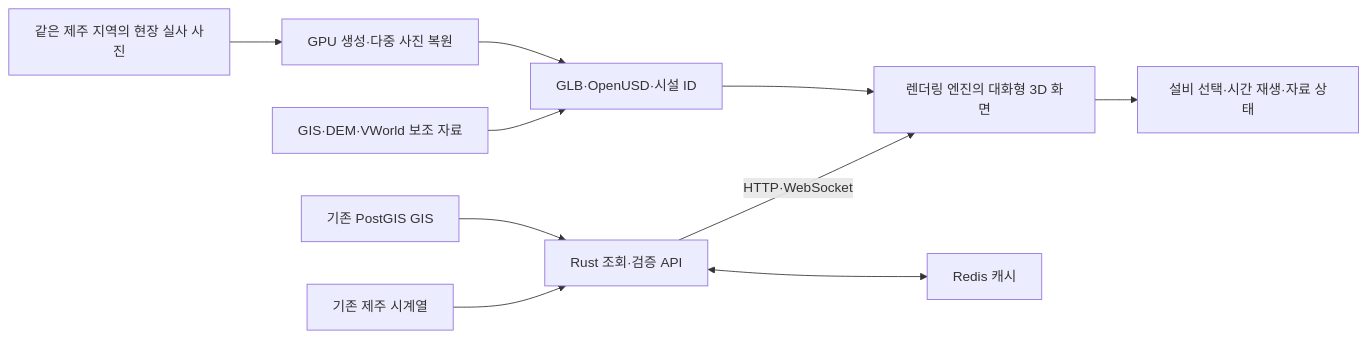
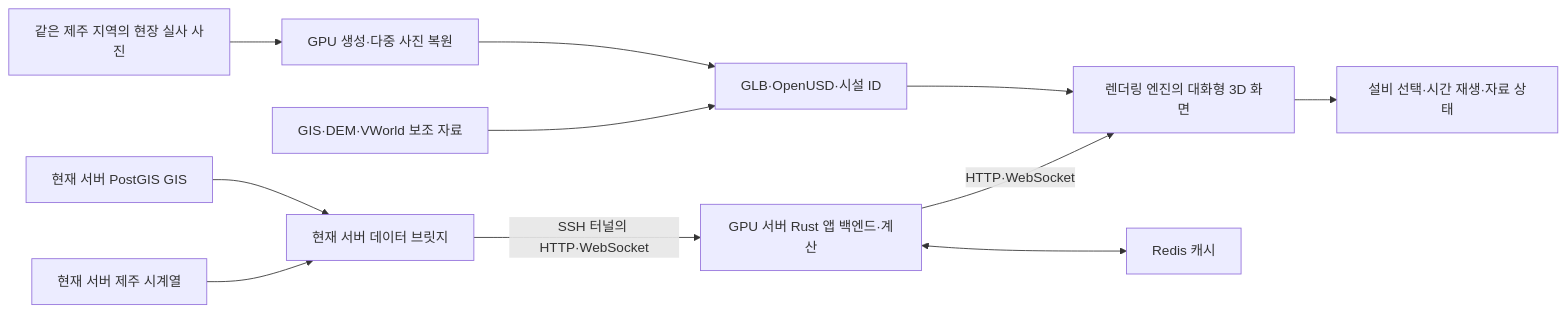
Before and after one commit to zongseung/Energy-Digital-Twin: the first of 2 diagrams in jeju_power_grid_digital_twin_design.md, drawn with Mermaid. The commit also changed other lines of this file and 1 other file, not shown here.

Commit message:
refactor : 기획서 반영 ver2 : 데이터 서버 및 구현 위치

````diff
--- a/jeju_power_grid_digital_twin_design.md
+++ b/jeju_power_grid_digital_twin_design.md
@@ -120,12 +121,13 @@
 ```mermaid
 flowchart LR
     IMG[같은 제주 지역의 현장 실사 사진] --> GEN[GPU 생성·다중 사진 복원]
     GEN --> FILE[GLB·OpenUSD·시설 ID]
     FILE --> VIEW[렌더링 엔진의 대화형 3D 화면]
-    GIS[기존 PostGIS GIS] --> API[Rust 조회·검증 API]
-    TS[기존 제주 시계열] --> API
+    GIS[현재 서버 PostGIS GIS] --> BRIDGE[현재 서버 데이터 브릿지]
+    TS[현재 서버 제주 시계열] --> BRIDGE
+    BRIDGE -->|SSH 터널의 HTTP·WebSocket| API[GPU 서버 Rust 앱 백엔드·계산]
     DEM[GIS·DEM·VWorld 보조 자료] --> FILE
     API <--> CACHE[Redis 캐시]
     API -->|HTTP·WebSocket| VIEW
     VIEW --> UI[설비 선택·시간 재생·자료 상태]
 ```
````
